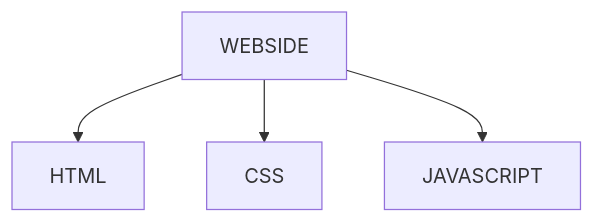
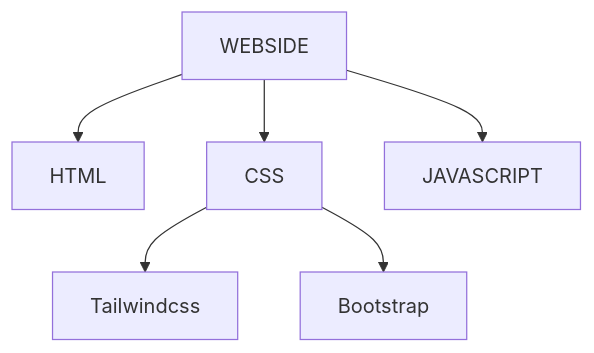
The diagram in README.md (Dkumar-R/DKumar-R), drawn with Mermaid before and after one commit. The commit also changed other lines of this file, not shown here.

````diff
--- a/README.md
+++ b/README.md
@@ -21,6 +22,8 @@
 ```mermaid
 graph TD;
     WEBSIDE-->HTML;
      WEBSIDE-->CSS;
+     CSS-->Tailwindcss;
+     CSS-->Bootstrap;
     WEBSIDE-->JAVASCRIPT;
 ```
````
